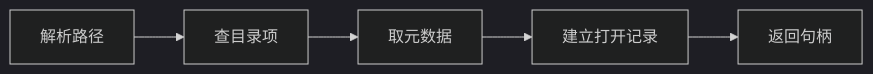
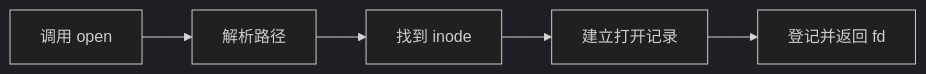
Before and after one commit to 74262195/system-architect-notes: the first of 2 diagrams in 01_综合知识/01_计算机系统基础知识/02_操作系统/目录与文件打开过程.md, drawn with Mermaid (dark theme). The commit also changed other lines of this file, not shown here.

```diff
--- a/01_综合知识/01_计算机系统基础知识/02_操作系统/目录与文件打开过程.md
+++ b/01_综合知识/01_计算机系统基础知识/02_操作系统/目录与文件打开过程.md
@@ -36,7 +66,7 @@
 ~~~mermaid
 flowchart LR
-    A[解析路径] --> B[查目录项]
-    B --> C[取元数据]
-    C --> D[建立打开记录]
-    D --> E[返回句柄]
+    A["调用 open"] --> B["解析路径"]
+    B --> C["找到 inode"]
+    C --> D["建立打开记录"]
+    D --> E["登记并返回 fd"]
 ~~~
```
